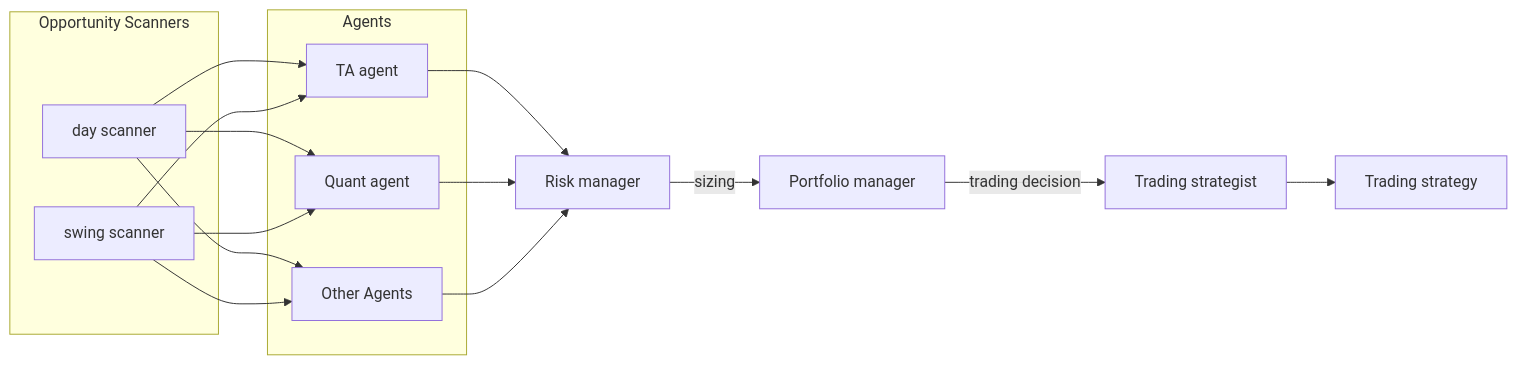
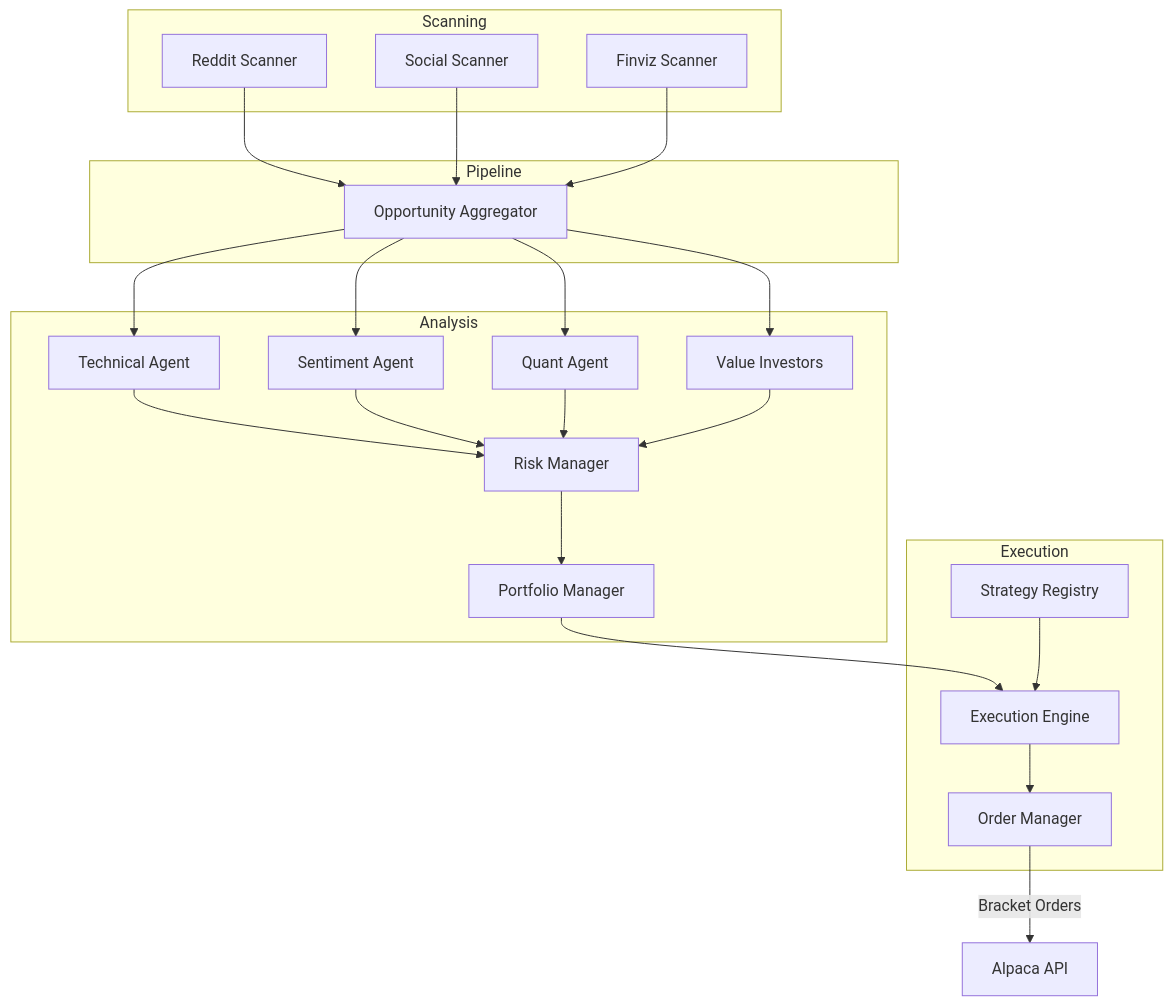
Before and after one commit to kimrejstrom/alpacalyzer-algo-trader: the diagram in README.md, drawn with Mermaid. The commit also changed other lines of this file and 4 other files, not shown here.

Commit message:
update: roadmap

````diff
--- a/README.md
+++ b/README.md
@@ -47,29 +47,48 @@
 ```mermaid
-flowchart LR
-  subgraph Opportunity Scanners
-    day[day scanner]
-    swing[swing scanner]
+flowchart TB
+  subgraph Scanning
+    reddit[Reddit Scanner]
+    social[Social Scanner]
+    finviz[Finviz Scanner]
   end
 
-  subgraph Agents
-    ta[TA agent]
-    quant[Quant agent]
-    other[Other Agents]
+  subgraph Pipeline
+    agg[Opportunity Aggregator]
   end
 
-  day --> ta
-  day --> quant
-  day --> other
+  subgraph Analysis
+    ta[Technical Agent]
+    sentiment[Sentiment Agent]
+    quant[Quant Agent]
+    value[Value Investors]
+    rm[Risk Manager]
+    pm[Portfolio Manager]
+  end
 
-  swing --> ta
-  swing --> quant
-  swing --> other
+  subgraph Execution
+    engine[Execution Engine]
+    strategy[Strategy Registry]
+    orders[Order Manager]
+  end
 
-  ta --> rm[Risk manager]
+  reddit --> agg
+  social --> agg
+  finviz --> agg
+
+  agg --> ta
+  agg --> sentiment
+  agg --> quant
+  agg --> value
+
+  ta --> rm
+  sentiment --> rm
   quant --> rm
-  other --> rm
+  value --> rm
 
-  rm -->|sizing| pm[Portfolio manager]
-  pm -->|trading decision| strategist[Trading strategist]
-  strategist --> strategy[Trading strategy]
+  rm --> pm
+  pm --> engine
+
+  strategy --> engine
+  engine --> orders
+  orders -->|Bracket Orders| alpaca[Alpaca API]
 ```
````
